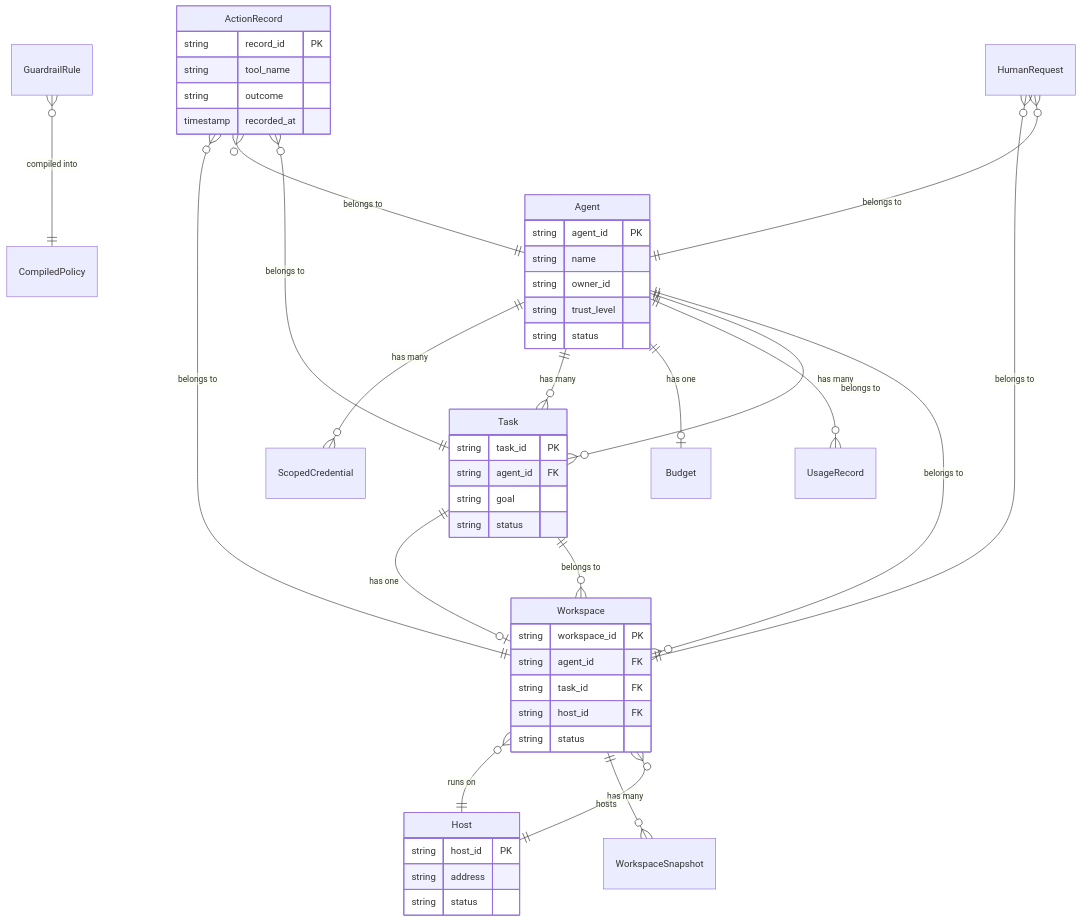
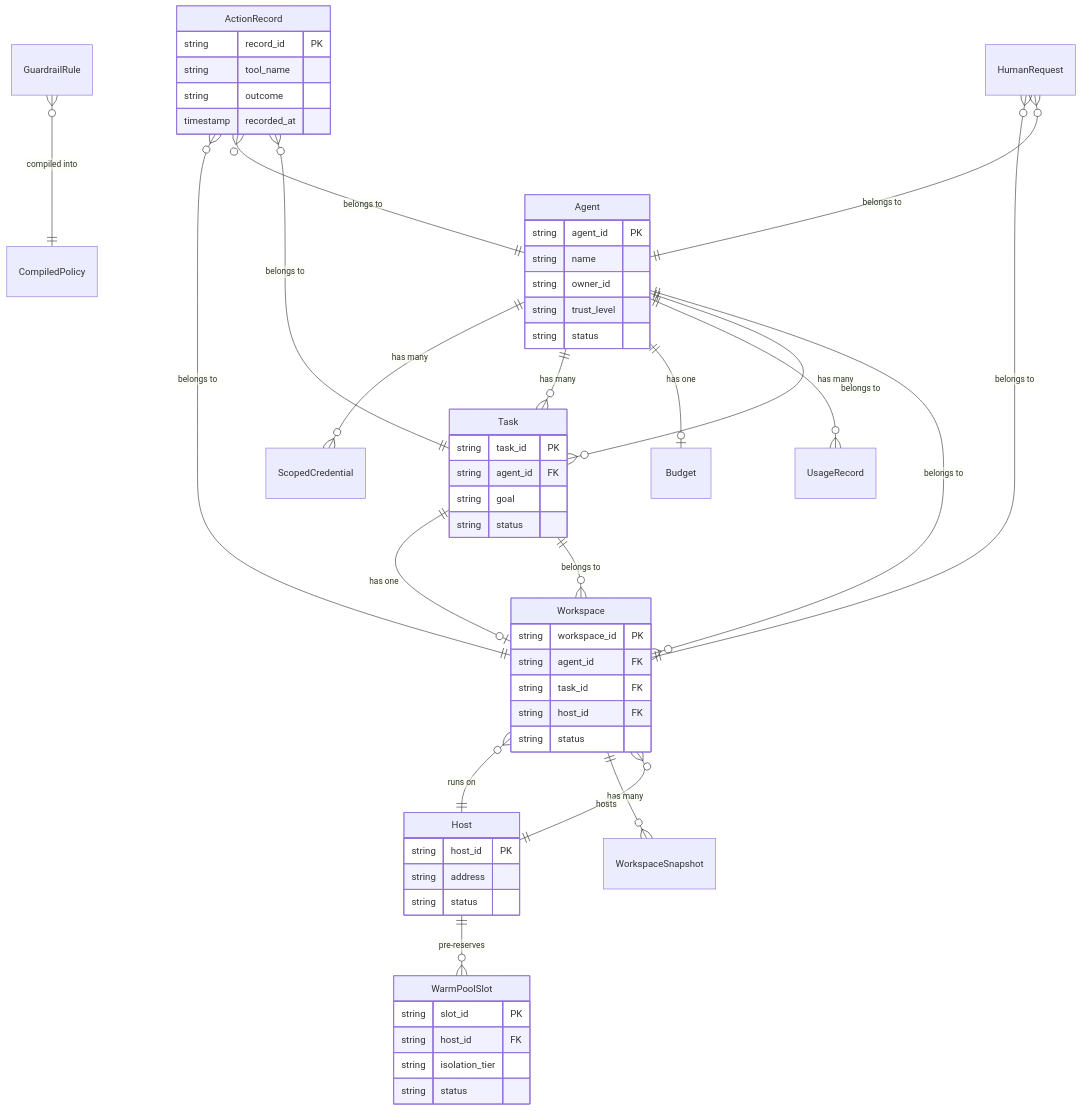
Before and after one commit to Baselyne-Systems/agent-sandbox-platform: the seventh of 7 diagrams in docs/architecture.md, drawn with Mermaid. The commit also changed other lines of this file and 5 other files, not shown here.

````diff
--- a/docs/architecture.md
+++ b/docs/architecture.md
@@ -416,58 +465,66 @@
 ```mermaid
 erDiagram
     Agent ||--o{ ScopedCredential : "has many"
     Agent ||--o{ Task : "has many"
     Agent ||--o| Budget : "has one"
     Agent ||--o{ UsageRecord : "has many"
 
     Task }o--|| Agent : "belongs to"
     Task ||--o| Workspace : "has one"
 
     Workspace }o--|| Agent : "belongs to"
     Workspace }o--|| Task : "belongs to"
     Workspace }o--|| Host : "runs on"
     Workspace ||--o{ WorkspaceSnapshot : "has many"
 
     Host ||--o{ Workspace : "hosts"
+    Host ||--o{ WarmPoolSlot : "pre-reserves"
+
+    WarmPoolSlot {
+        string slot_id PK
+        string host_id FK
+        string isolation_tier
+        string status
+    }
 
     GuardrailRule }o--|| CompiledPolicy : "compiled into"
 
     ActionRecord }o--|| Workspace : "belongs to"
     ActionRecord }o--|| Agent : "belongs to"
     ActionRecord }o--|| Task : "belongs to"
 
     HumanRequest }o--|| Workspace : "belongs to"
     HumanRequest }o--|| Agent : "belongs to"
 
     Agent {
         string agent_id PK
         string name
         string owner_id
         string trust_level
         string status
     }
     Task {
         string task_id PK
         string agent_id FK
         string goal
         string status
     }
     Workspace {
         string workspace_id PK
         string agent_id FK
         string task_id FK
         string host_id FK
         string status
     }
     Host {
         string host_id PK
         string address
         string status
     }
     ActionRecord {
         string record_id PK
         string tool_name
         string outcome
         timestamp recorded_at
     }
 ```
````
